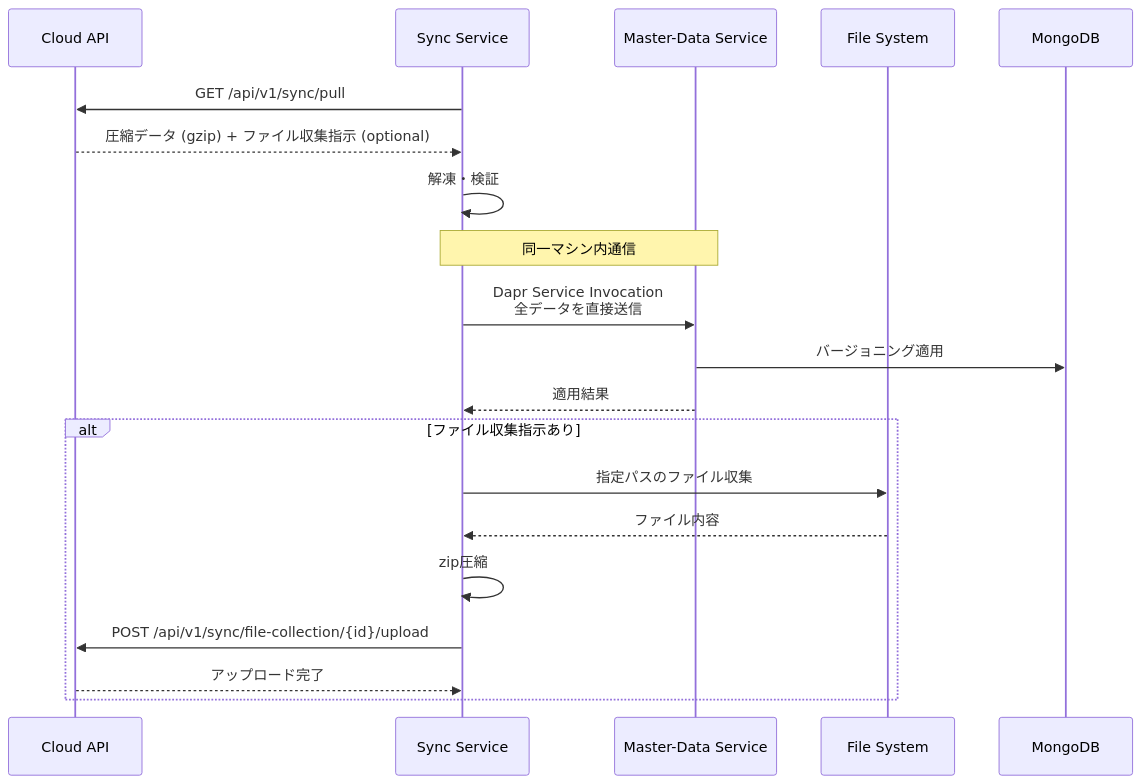
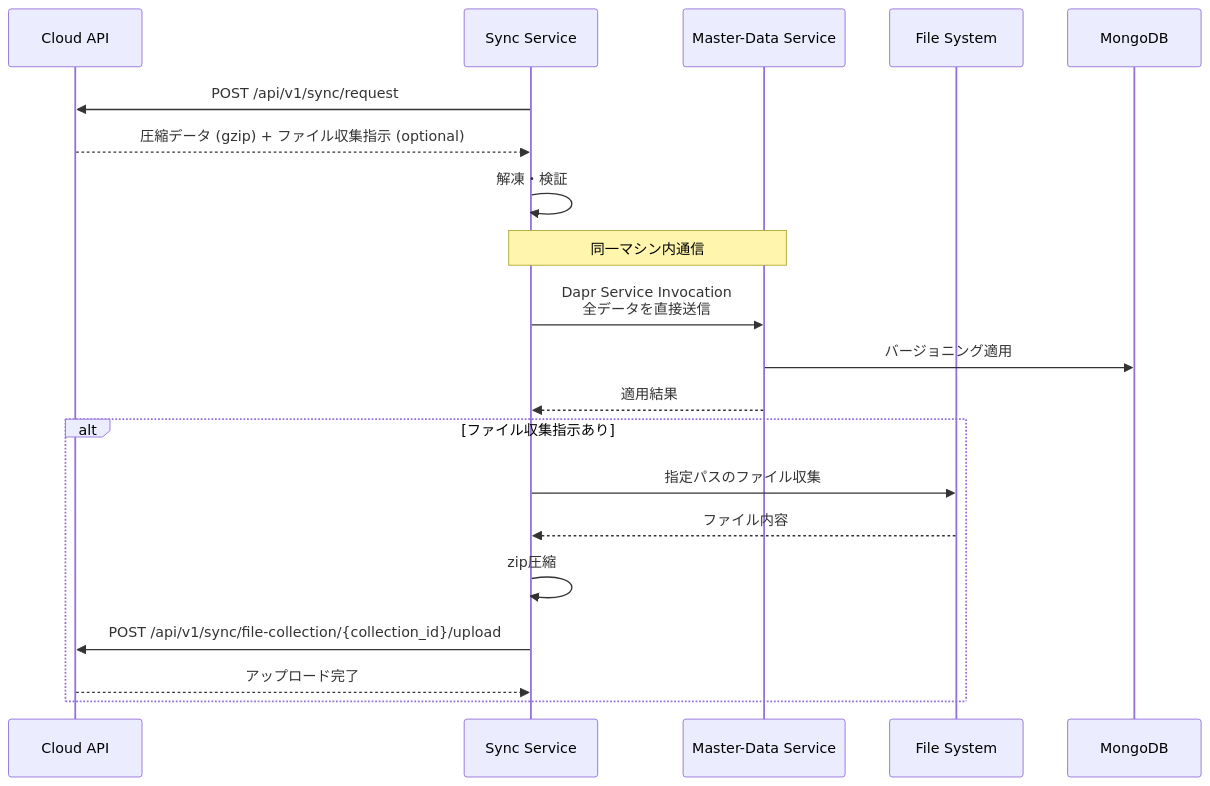
Diagram 31 of 32 in notes/1-sync/03_アーキテクチャー解説書.md (gaocuiping/kugelpos-stpos-docs-new), drawn with Mermaid before and after one commit. The commit also changed other lines of this file and 1 other file, not shown here.

First line of the commit message:
docs: Sync Serviceのエンドポイントをすべて/api/v1/syncプレフィックスに統一 #1

````diff
--- a/notes/1-sync/03_アーキテクチャー解説書.md
+++ b/notes/1-sync/03_アーキテクチャー解説書.md
@@ -1850,25 +1852,25 @@
 ```mermaid
 sequenceDiagram
     participant Cloud as Cloud API
     participant Sync as Sync Service
     participant MD as Master-Data Service
     participant FS as File System
     participant DB as MongoDB
 
-    Sync->>Cloud: GET /api/v1/sync/pull
+    Sync->>Cloud: POST /api/v1/sync/request
     Cloud-->>Sync: 圧縮データ (gzip) + ファイル収集指示 (optional)
     Sync->>Sync: 解凍・検証
 
     Note over Sync,MD: 同一マシン内通信
     Sync->>MD: Dapr Service Invocation<br/>全データを直接送信
     MD->>DB: バージョニング適用
     MD-->>Sync: 適用結果
 
     alt ファイル収集指示あり
         Sync->>FS: 指定パスのファイル収集
         FS-->>Sync: ファイル内容
         Sync->>Sync: zip圧縮
-        Sync->>Cloud: POST /api/v1/sync/file-collection/{id}/upload
+        Sync->>Cloud: POST /api/v1/sync/file-collection/{collection_id}/upload
         Cloud-->>Sync: アップロード完了
     end
 ```
````
